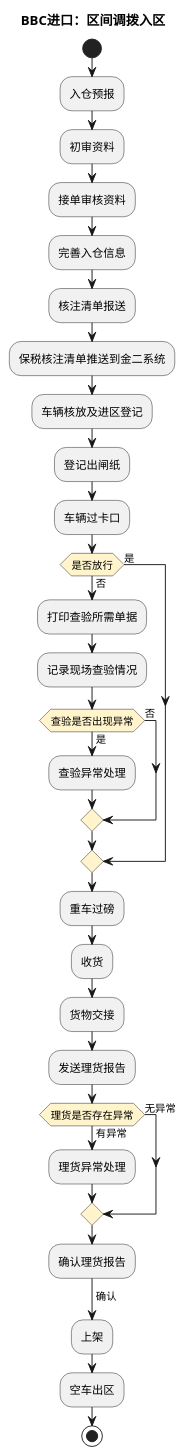
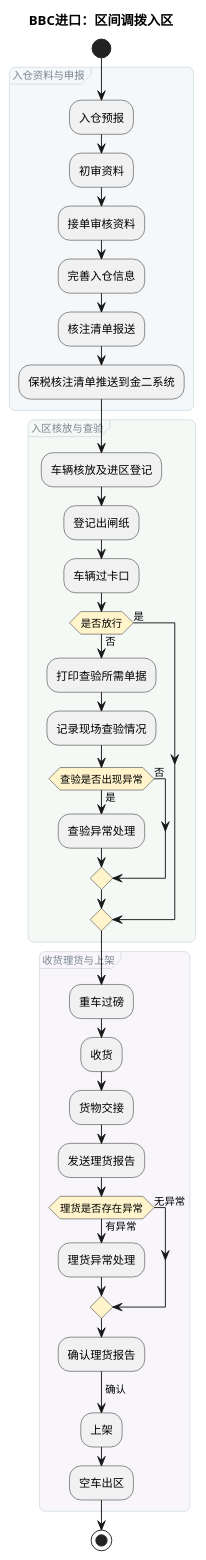
One commit to jack888332/projects-doc changed the second of 12 diagrams in product-caliber/goldjet/segmented-prd/mainflow/PRD.高捷物流系统一期.主流程.06.跨境电商BBC进口详细流程.md. Above: the diagram before and after it, drawn with PlantUML. The commit also changed other lines of this file and 16 other files, not shown here.

Commit message:
给DSL图分组

````diff
--- a/product-caliber/goldjet/segmented-prd/mainflow/PRD.高捷物流系统一期.主流程.06.跨境电商BBC进口详细流程.md
+++ b/product-caliber/goldjet/segmented-prd/mainflow/PRD.高捷物流系统一期.主流程.06.跨境电商BBC进口详细流程.md
@@ -58,38 +78,56 @@
 ```plantuml
 @startuml
 skinparam activityDiamondBackgroundColor #FFF4CC
+<style>
+activityDiagram {
+  group {
+    LineColor #CAD5DA
+    LineThickness 0.7
+    RoundCorner 12
+    FontColor #78848D
+    FontSize 11
+    FontStyle plain
+  }
+}
+</style>
 title BBC进口：区间调拨入区
 start
+group 入仓资料与申报 #F4F8FA {
 :入仓预报;
 :初审资料;
 :接单审核资料;
 :完善入仓信息;
 :核注清单报送;
 :保税核注清单推送到金二系统;
+}
+group 入区核放与查验 #F5F9F6 {
 :车辆核放及进区登记;
 :登记出闸纸;
 :车辆过卡口;
 if (是否放行) then (是)
 else (否)
   :打印查验所需单据;
   :记录现场查验情况;
   if (查验是否出现异常) then (是)
     :查验异常处理;
   else (否)
   endif
 endif
+}
+group 收货理货与上架 #F8F6FA {
 :重车过磅;
 :收货;
 :货物交接;
 :发送理货报告;
 if (理货是否存在异常) then (有异常)
   :理货异常处理;
 else (无异常)
 endif
 :确认理货报告;
 -> 确认;
 :上架;
 :空车出区;
+}
 stop
 @enduml
 ```
````
